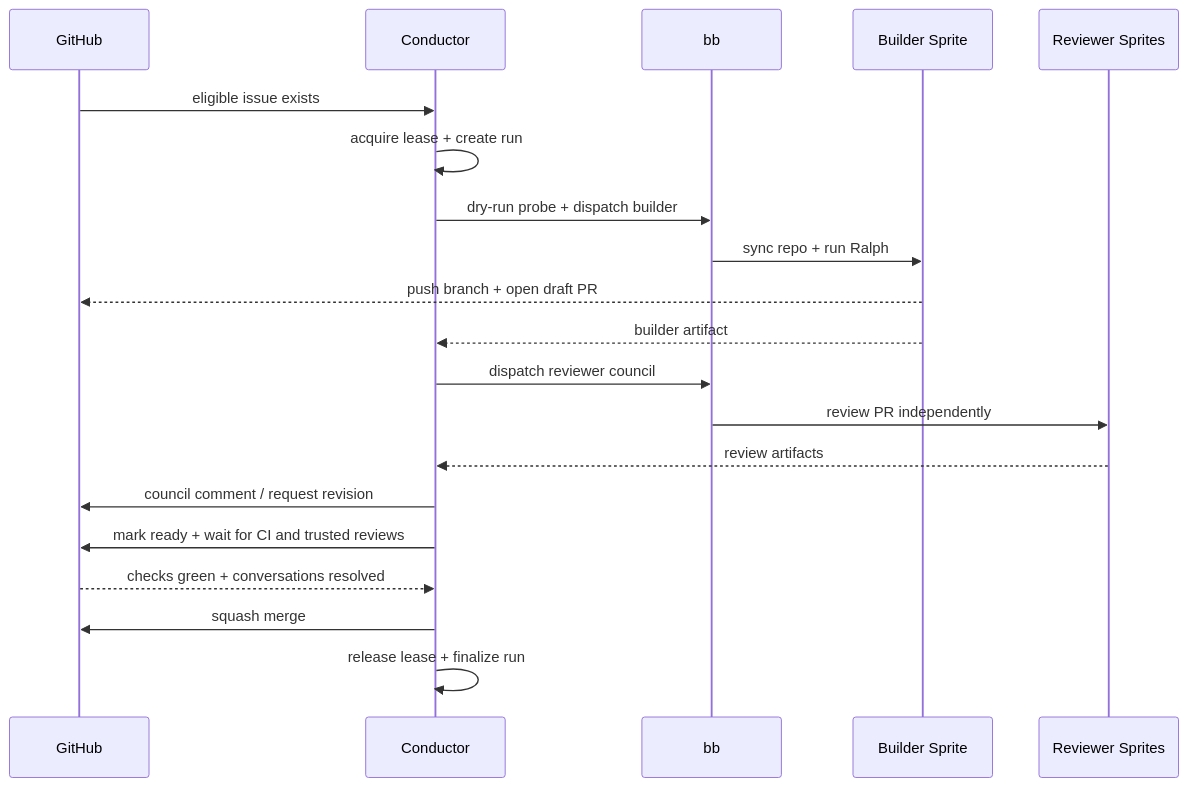
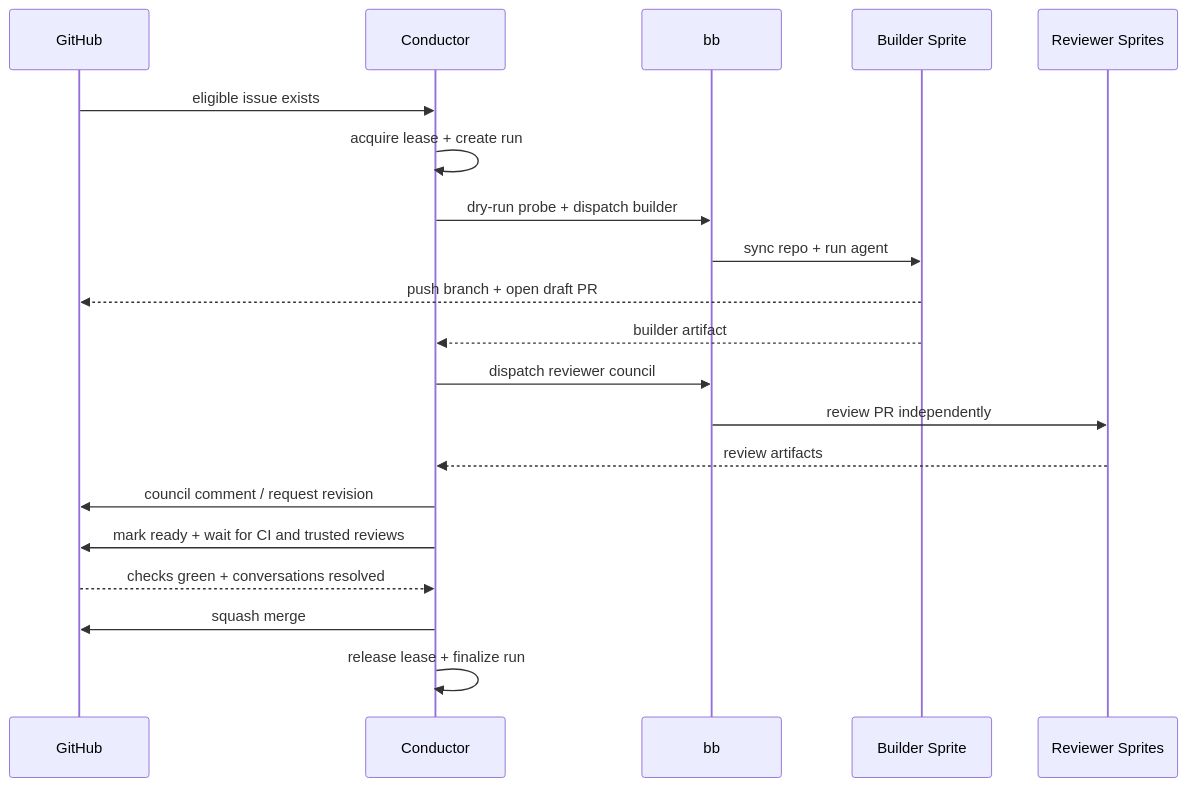
The second of 2 diagrams in docs/architecture/README.md (misty-step/bitterblossom), drawn with Mermaid before and after one commit. The commit also changed other lines of this file and 38 other files, not shown here.

````diff
--- a/docs/architecture/README.md
+++ b/docs/architecture/README.md
@@ -71,23 +69,23 @@
 ```mermaid
 sequenceDiagram
     participant GH as GitHub
     participant C as Conductor
     participant BB as bb
     participant W as Builder Sprite
     participant R as Reviewer Sprites
 
     GH->>C: eligible issue exists
     C->>C: acquire lease + create run
     C->>BB: dry-run probe + dispatch builder
-    BB->>W: sync repo + run Ralph
+    BB->>W: sync repo + run agent
     W-->>GH: push branch + open draft PR
     W-->>C: builder artifact
     C->>BB: dispatch reviewer council
     BB->>R: review PR independently
     R-->>C: review artifacts
     C->>GH: council comment / request revision
     C->>GH: mark ready + wait for CI and trusted reviews
     GH-->>C: checks green + conversations resolved
     C->>GH: squash merge
     C->>C: release lease + finalize run
 ```
````
